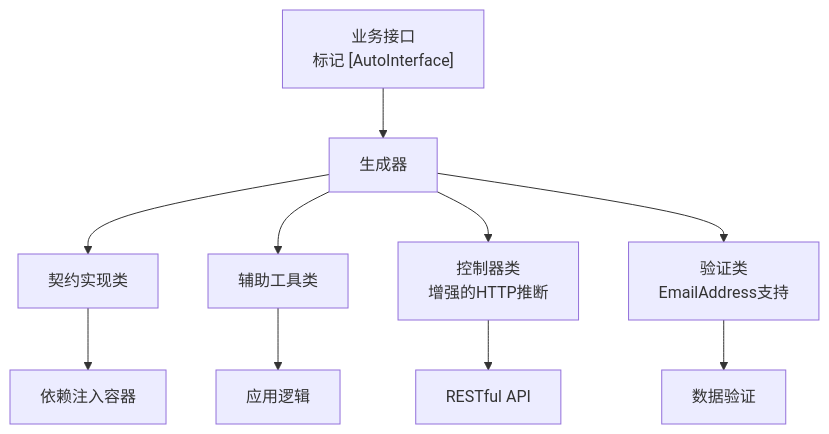
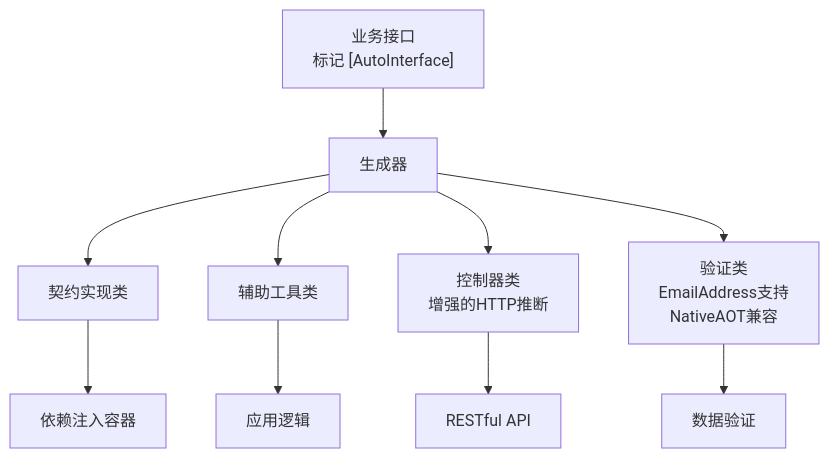
One commit to alivy/AutoCode changed the sixth of 7 diagrams in .qoder/repowiki/zh/content/源代码生成器/源代码生成器.md. Above: the diagram before and after it, drawn with Mermaid. The commit also changed other lines of this file and 5 other files, not shown here.

````diff
--- a/.qoder/repowiki/zh/content/源代码生成器/源代码生成器.md
+++ b/.qoder/repowiki/zh/content/源代码生成器/源代码生成器.md
@@ -367,12 +377,12 @@
 ```mermaid
 graph TB
 I1["业务接口<br/>标记 [AutoInterface]"] --> G["生成器"]
 G --> C1["契约实现类"]
 G --> C2["辅助工具类"]
 G --> C3["控制器类<br/>增强的HTTP推断"]
-G --> V1["验证类<br/>EmailAddress支持"]
+G --> V1["验证类<br/>EmailAddress支持<br/>NativeAOT兼容"]
 C1 --> DI["依赖注入容器"]
 C2 --> APP["应用逻辑"]
 C3 --> API["RESTful API"]
 V1 --> VALID["数据验证"]
 ```
````
